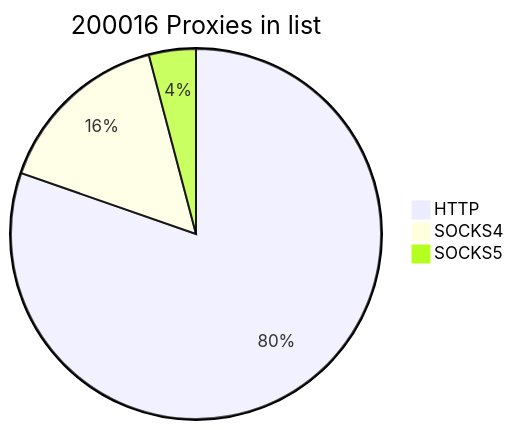
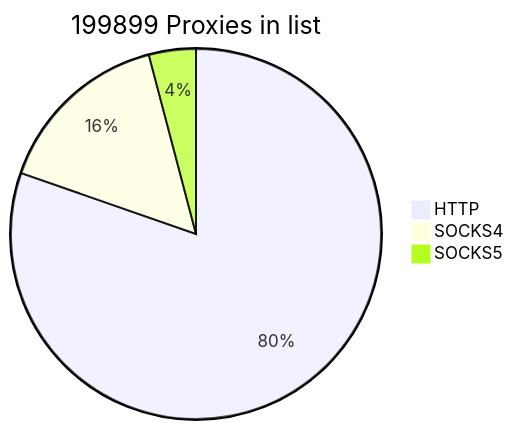
One commit to cutipu/proxylist changed the first of 2 diagrams in README.md. Above: the diagram before and after it, drawn with Mermaid. The commit also changed other lines of this file, not shown here.

````diff
--- a/README.md
+++ b/README.md
@@ -2,7 +2,7 @@
 ```mermaid
-pie title 200016 Proxies in list
-    "HTTP" : 160694
-    "SOCKS4" : 31119
-    "SOCKS5" : 8203
+pie title 199899 Proxies in list
+    "HTTP" : 160592
+    "SOCKS4" : 31109
+    "SOCKS5" : 8198
             
 ```
````
